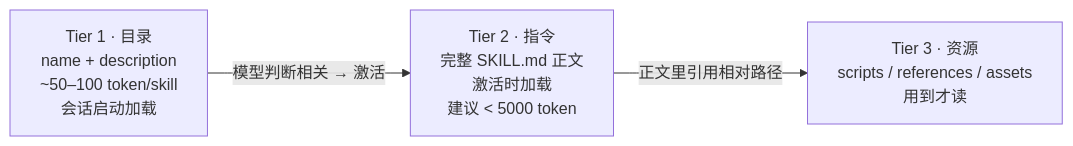
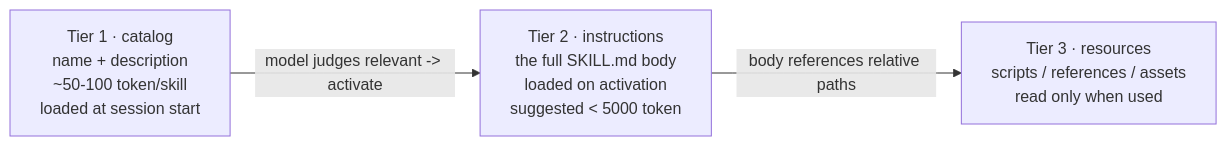
Before and after one commit to Seann0824/Shirley: the first of 2 diagrams in docs/skills.md, drawn with Mermaid. The commit also changed other lines of this file and 131 other files, not shown here.

````diff
--- a/docs/skills.md
+++ b/docs/skills.md
@@ -89,8 +94,8 @@
 ```mermaid
 flowchart LR
-    T1["Tier 1 · 目录<br/>name + description<br/>~50–100 token/skill<br/>会话启动加载"]
-    T2["Tier 2 · 指令<br/>完整 SKILL.md 正文<br/>激活时加载<br/>建议 < 5000 token"]
-    T3["Tier 3 · 资源<br/>scripts / references / assets<br/>用到才读"]
-    T1 -->|"模型判断相关 → 激活"| T2
-    T2 -->|"正文里引用相对路径"| T3
+    T1["Tier 1 · catalog<br/>name + description<br/>~50-100 token/skill<br/>loaded at session start"]
+    T2["Tier 2 · instructions<br/>the full SKILL.md body<br/>loaded on activation<br/>suggested < 5000 token"]
+    T3["Tier 3 · resources<br/>scripts / references / assets<br/>read only when used"]
+    T1 -->|"model judges relevant -> activate"| T2
+    T2 -->|"body references relative paths"| T3
 ```
````
